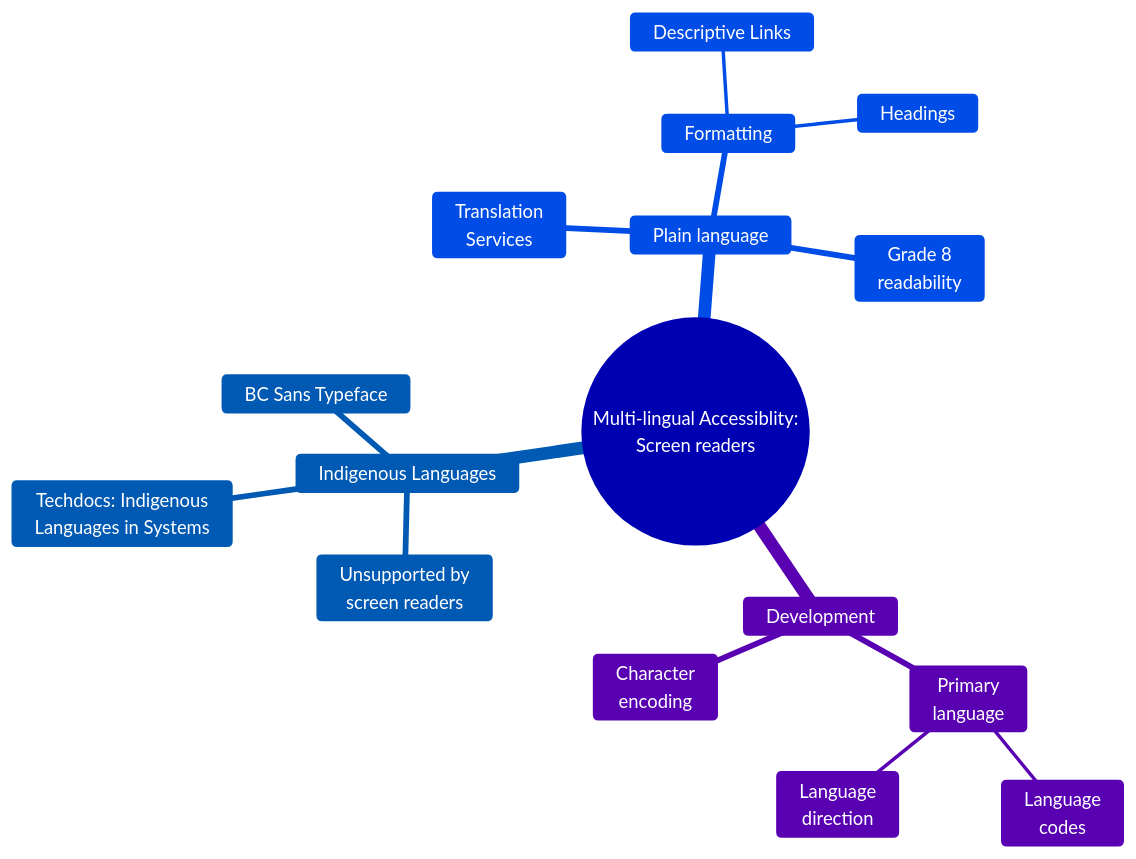
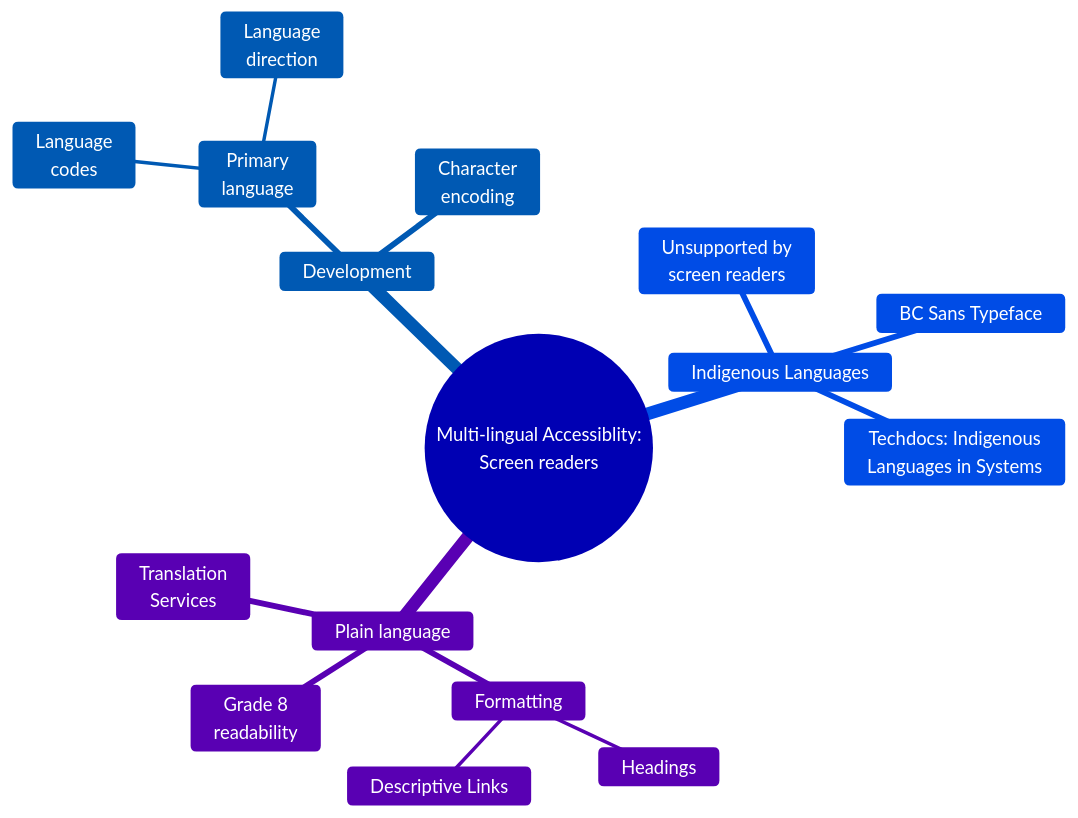
The diagram in docs/accessibility-resources.md (bcgov/bcdg), drawn with Mermaid before and after one commit. The commit also changed other lines of this file, not shown here.

````diff
--- a/docs/accessibility-resources.md
+++ b/docs/accessibility-resources.md
@@ -7,37 +7,39 @@
 ```mermaid
 
 %%{
   init: {
     'theme': 'base',
     'themeVariables': {
       'primaryColor': '#3333ff',
       'primaryTextColor': '#fff',
       'primaryBorderColor': '#7C0000',
       'lineColor': '#F8B229',
       'secondaryColor': '#3399ff',
       'tertiaryColor': '#6699ff'
     }
   }
 }%%
 
 mindmap
   root((Multi-lingual Accessiblity: <br> Screen readers))
+    Development
+        Primary<br> language
+            Language<br> codes
+            Language<br> direction
+        Character<br> encoding
+
     Indigenous Languages
             Unsupported by<br> screen readers
             BC Sans Typeface
             Techdocs: Indigenous<br> Languages in Systems
               
     Plain language
         Formatting
             Headings
             Descriptive Links
         Grade 8 <br> readability
         Translation<br> Services
 
-    Development
-        Primary<br> language
-            Language<br> codes
-            Language<br> direction
-        Character<br> encoding
+   
               
 ```
````
